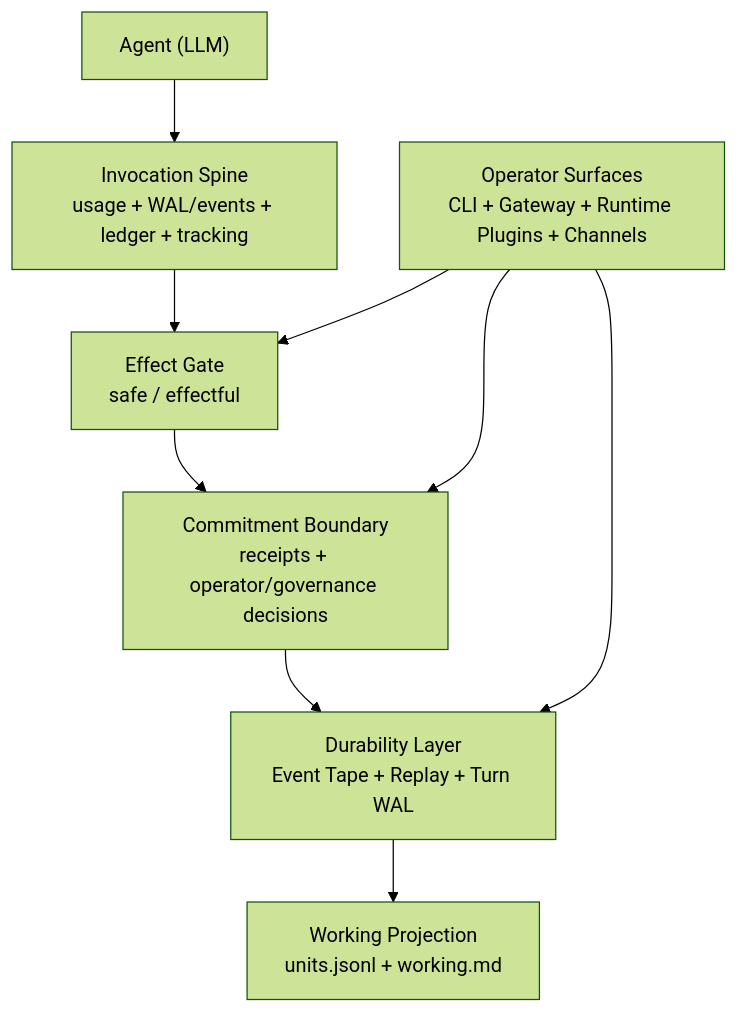
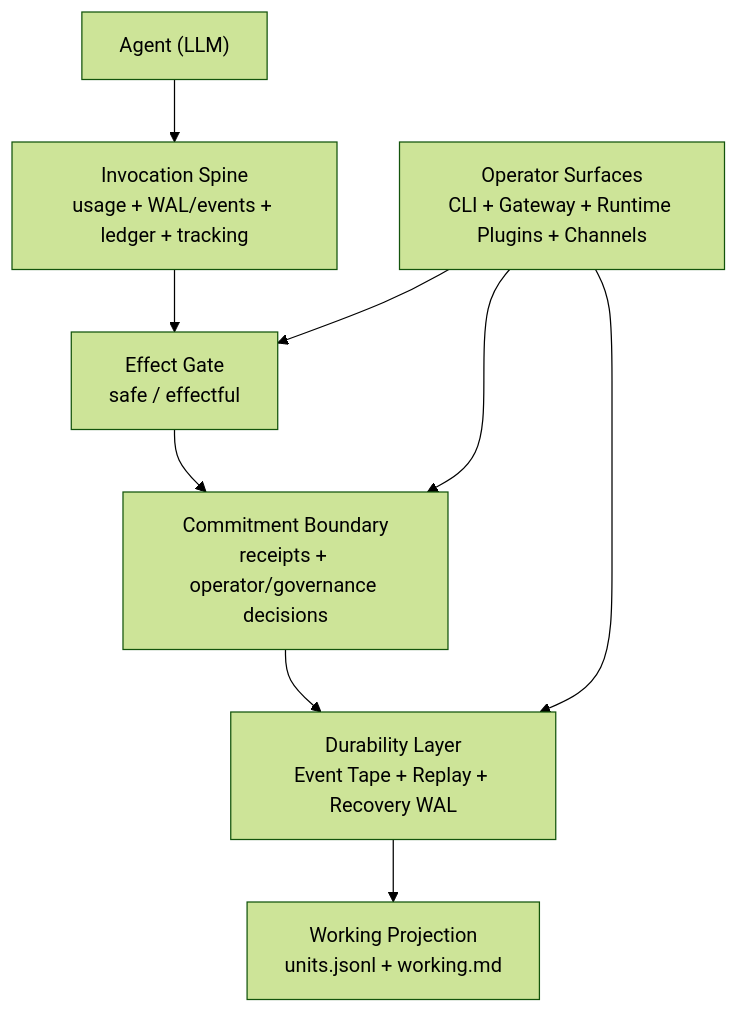
One commit to arcthur/Brewva changed the diagram in README.md. Above: the diagram before and after it, drawn with Mermaid (forest theme). The commit also changed 326 other files, not shown here.

````diff
--- a/README.md
+++ b/README.md
@@ -29,19 +29,19 @@
 ```mermaid
 flowchart TD
   AGENT["Agent (LLM)"]
   SPINE["Invocation Spine<br/>usage + WAL/events + ledger + tracking"]
   EFFECT["Effect Gate<br/>safe / effectful"]
   BOUNDARY["Commitment Boundary<br/>receipts + operator/governance decisions"]
-  DURABILITY["Durability Layer<br/>Event Tape + Replay + Turn WAL"]
+  DURABILITY["Durability Layer<br/>Event Tape + Replay + Recovery WAL"]
   PROJECTION["Working Projection<br/>units.jsonl + working.md"]
   OPERATORS["Operator Surfaces<br/>CLI + Gateway + Runtime Plugins + Channels"]
 
   AGENT --> SPINE
   SPINE --> EFFECT
   EFFECT --> BOUNDARY
   BOUNDARY --> DURABILITY
   DURABILITY --> PROJECTION
   OPERATORS --> EFFECT
   OPERATORS --> BOUNDARY
   OPERATORS --> DURABILITY
 ```
````
